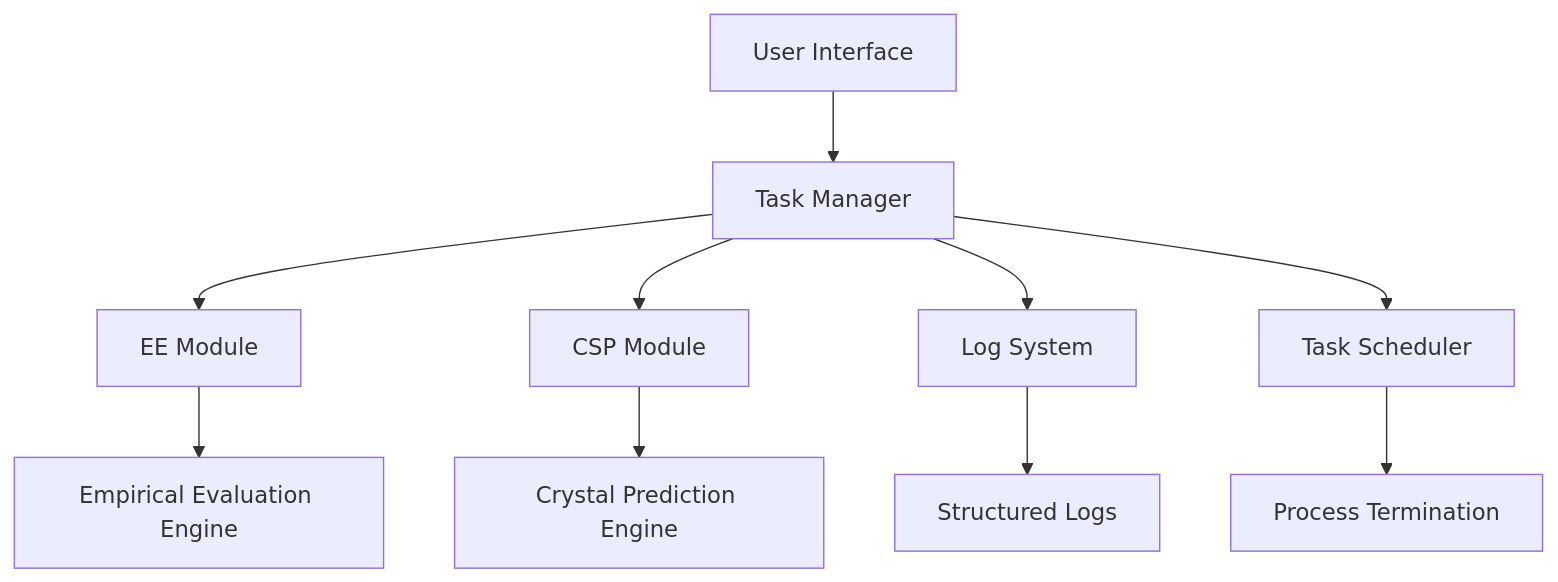
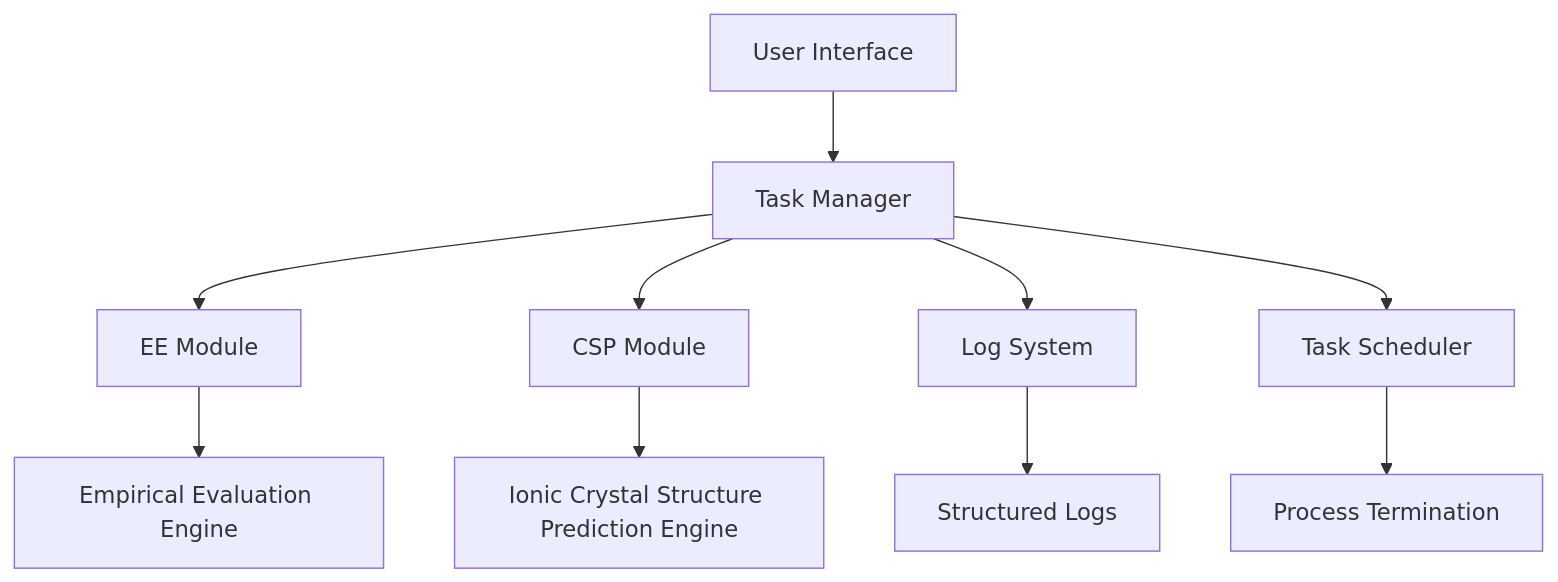
Before and after one commit to Bagabaga007/ion_CSP: the second of 2 diagrams in README.md, drawn with Mermaid. The commit also changed other lines of this file and 11 other files, not shown here.

````diff
--- a/README.md
+++ b/README.md
@@ -221,12 +221,12 @@
 ```mermaid
 graph TD
     A[User Interface] --> B[Task Manager]
     B --> C[EE Module]
     B --> D[CSP Module]
     B --> E[Log System]
     B --> F[Task Scheduler]
     C --> G[Empirical Evaluation Engine]
-    D --> H[Crystal Prediction Engine]
+    D --> H[Ionic Crystal Structure Prediction Engine]
     E --> I[Structured Logs]
     F --> J[Process Termination]
 ```
````
